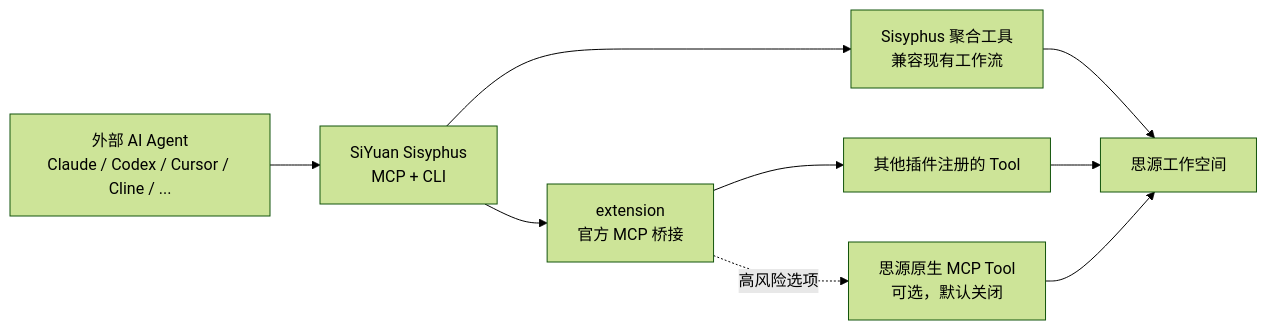
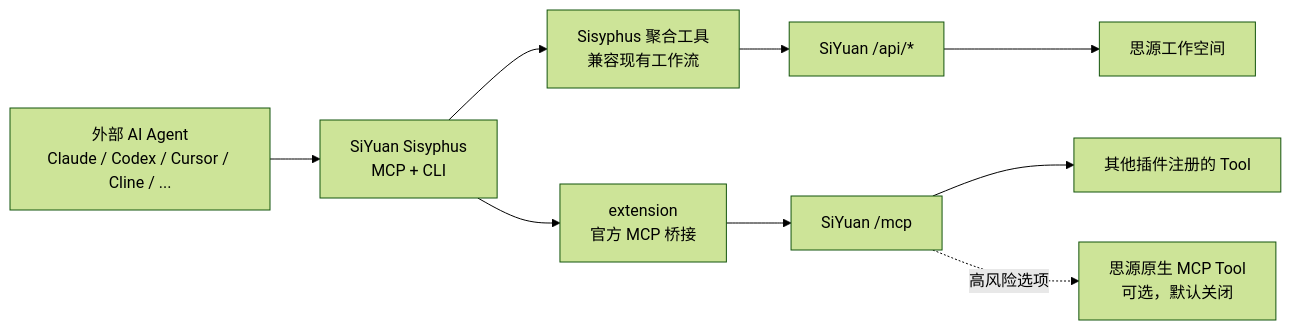
The diagram in README_zh_CN.md (clark874/siyuan-plugins-mcp-sisyphus), drawn with Mermaid (forest theme) before and after one commit. The commit also changed other lines of this file and 17 other files, not shown here.

````diff
--- a/README_zh_CN.md
+++ b/README_zh_CN.md
@@ -43,19 +43,19 @@
 ```mermaid
 flowchart LR
     Agent["外部 AI Agent<br/>Claude / Codex / Cursor / Cline / ..."]
     Sisyphus["SiYuan Sisyphus<br/>MCP + CLI"]
     Builtin["Sisyphus 聚合工具<br/>兼容现有工作流"]
     Bridge["extension<br/>官方 MCP 桥接"]
+    Api["SiYuan /api/*"]
+    OfficialMcp["SiYuan /mcp"]
     PluginTools["其他插件注册的 Tool"]
     NativeTools["思源原生 MCP Tool<br/>可选，默认关闭"]
     Workspace["思源工作空间"]
 
     Agent --> Sisyphus
     Sisyphus --> Builtin
     Sisyphus --> Bridge
-    Bridge --> PluginTools
-    Bridge -. 高风险选项 .-> NativeTools
-    Builtin --> Workspace
-    PluginTools --> Workspace
-    NativeTools --> Workspace
+    Builtin --> Api --> Workspace
+    Bridge --> OfficialMcp --> PluginTools
+    OfficialMcp -. 高风险选项 .-> NativeTools
 ```
````
